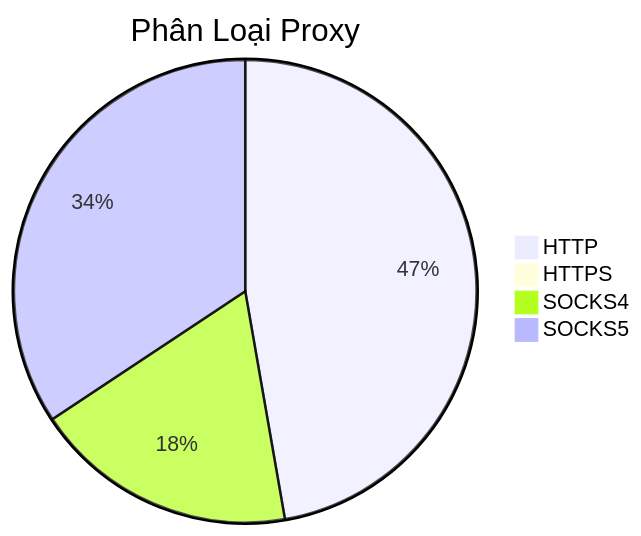
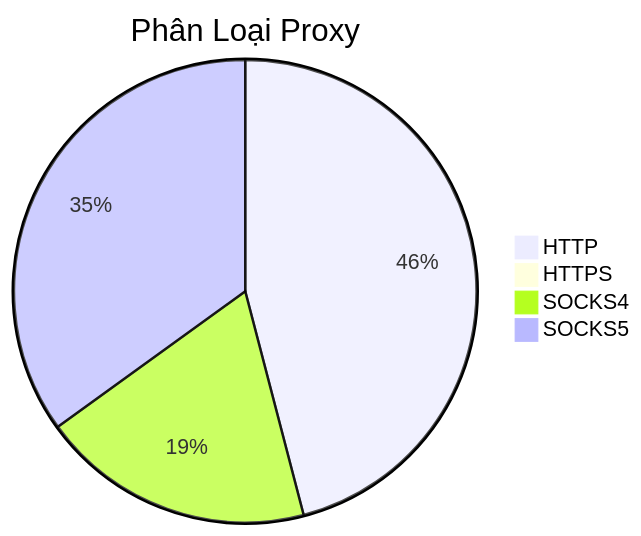
The diagram in README.md (Ciara-12/PROXY-free), drawn with Mermaid before and after one commit. The commit also changed other lines of this file and 4 other files, not shown here.

````diff
--- a/README.md
+++ b/README.md
@@ -26,7 +26,7 @@
 ```mermaid
 pie title Phân Loại Proxy
-    "HTTP" : 413
-    "HTTPS" : 2
-    "SOCKS4" : 161
-    "SOCKS5" : 300
+    "HTTP" : 356
+    "HTTPS" : 4
+    "SOCKS4" : 148
+    "SOCKS5" : 271
 ```
````
